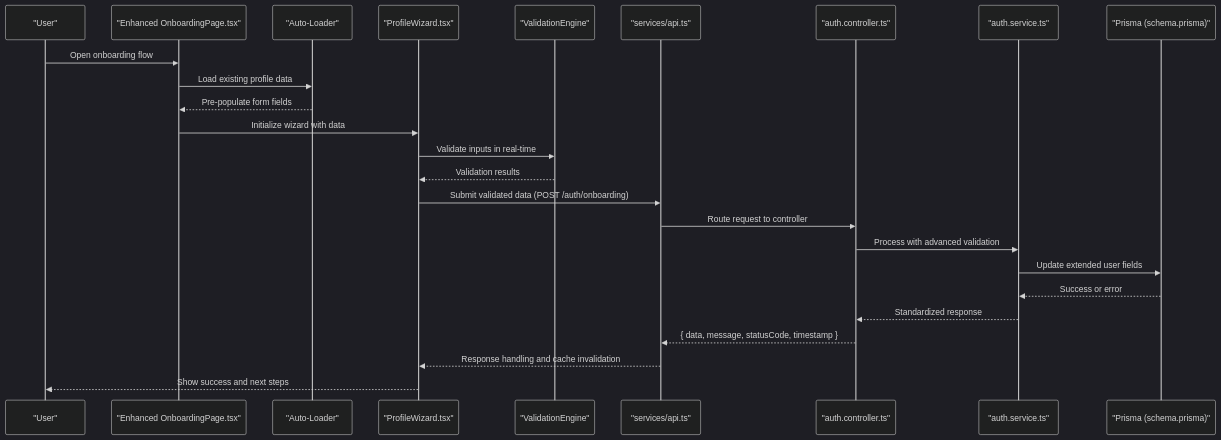
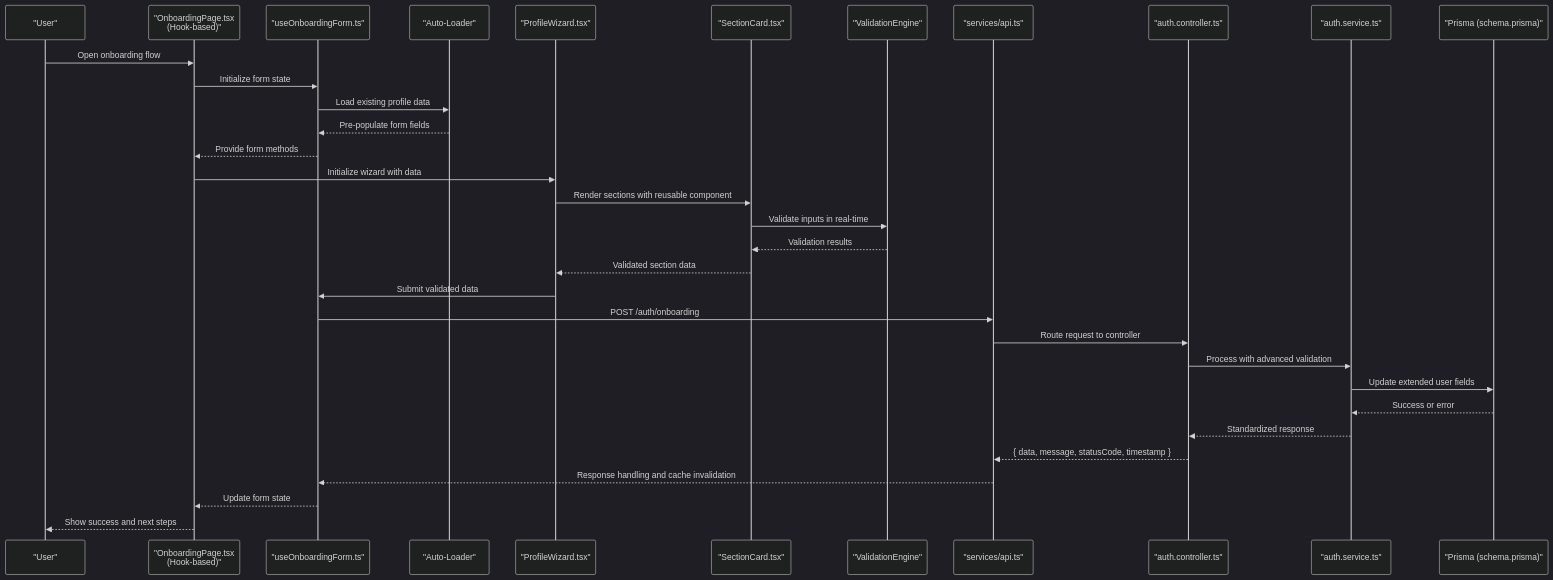
The second of 6 diagrams in .qoder/repowiki/en/content/Arquitetura Backend/Sistema Obrigatório de Onboarding.md (RobertRuas/windlog), drawn with Mermaid (dark theme) before and after one commit. The commit also changed other lines of this file and 105 other files, not shown here.

````diff
--- a/.qoder/repowiki/en/content/Arquitetura Backend/Sistema Obrigatório de Onboarding.md
+++ b/.qoder/repowiki/en/content/Arquitetura Backend/Sistema Obrigatório de Onboarding.md
@@ -174,27 +194,35 @@
 ```mermaid
 sequenceDiagram
 participant User as "User"
-participant FE as "Enhanced OnboardingPage.tsx"
+participant FE as "OnboardingPage.tsx<br/>(Hook-based)"
+participant Hook as "useOnboardingForm.ts"
 participant AE as "Auto-Loader"
 participant PW as "ProfileWizard.tsx"
+participant SC as "SectionCard.tsx"
 participant VE as "ValidationEngine"
 participant API as "services/api.ts"
 participant CTRL as "auth.controller.ts"
 participant SVC as "auth.service.ts"
 participant DB as "Prisma (schema.prisma)"
 User->>FE : Open onboarding flow
-FE->>AE : Load existing profile data
-AE-->>FE : Pre-populate form fields
+FE->>Hook : Initialize form state
+Hook->>AE : Load existing profile data
+AE-->>Hook : Pre-populate form fields
+Hook-->>FE : Provide form methods
 FE->>PW : Initialize wizard with data
-PW->>VE : Validate inputs in real-time
-VE-->>PW : Validation results
-PW->>API : Submit validated data (POST /auth/onboarding)
+PW->>SC : Render sections with reusable component
+SC->>VE : Validate inputs in real-time
+VE-->>SC : Validation results
+SC-->>PW : Validated section data
+PW->>Hook : Submit validated data
+Hook->>API : POST /auth/onboarding
 API->>CTRL : Route request to controller
 CTRL->>SVC : Process with advanced validation
 SVC->>DB : Update extended user fields
 DB-->>SVC : Success or error
 SVC-->>CTRL : Standardized response
 CTRL-->>API : { data, message, statusCode, timestamp }
-API-->>PW : Response handling and cache invalidation
-PW-->>User : Show success and next steps
+API-->>Hook : Response handling and cache invalidation
+Hook-->>FE : Update form state
+FE-->>User : Show success and next steps
 ```
````
